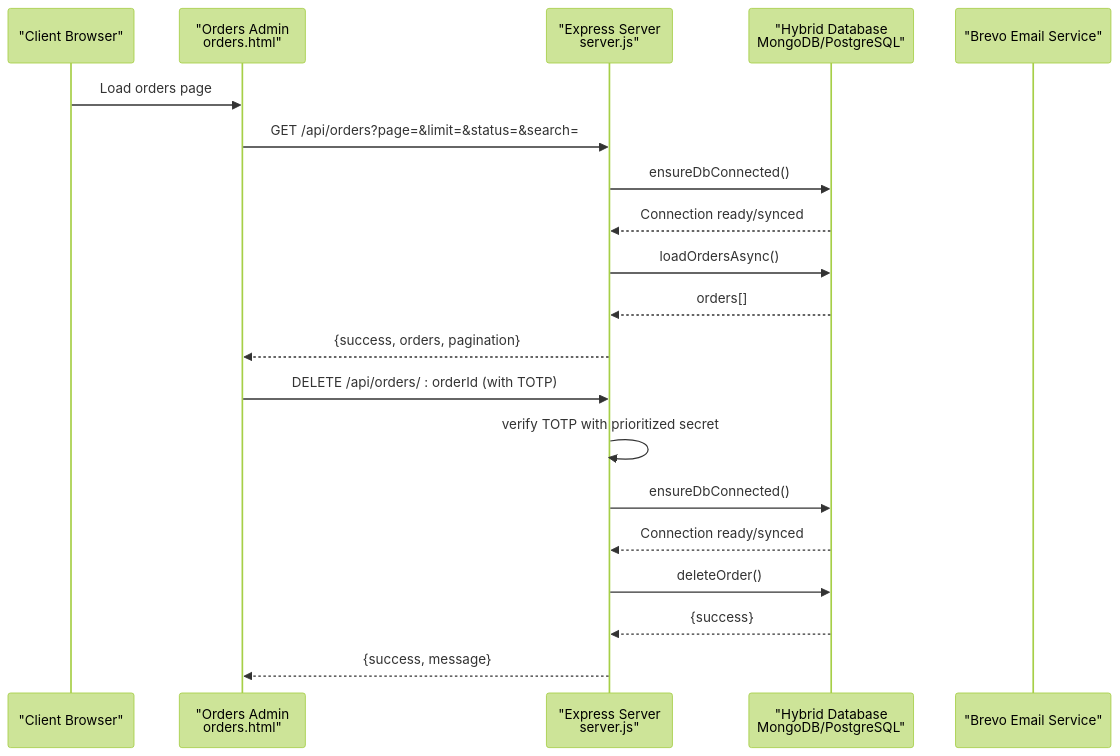
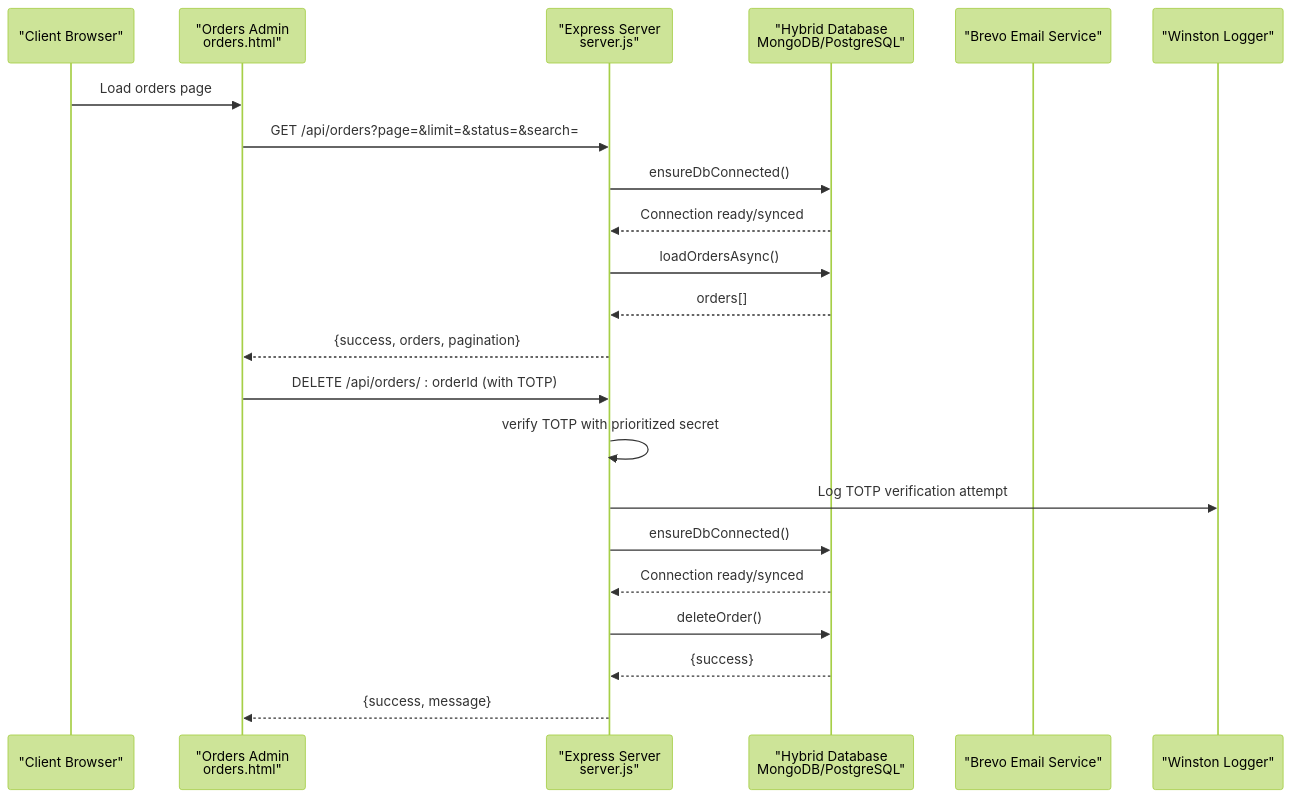
Before and after one commit to SirD33k/activezone: the second of 5 diagrams in .qoder/repowiki/en/content/Backend API Reference/Order & Payment Processing API.md, drawn with Mermaid (forest theme). The commit also changed other lines of this file and 4 other files, not shown here.

````diff
--- a/.qoder/repowiki/en/content/Backend API Reference/Order & Payment Processing API.md
+++ b/.qoder/repowiki/en/content/Backend API Reference/Order & Payment Processing API.md
@@ -145,22 +160,24 @@
 ```mermaid
 sequenceDiagram
 participant Client as "Client Browser"
 participant OrdersAdmin as "Orders Admin<br/>orders.html"
 participant API as "Express Server<br/>server.js"
 participant DB as "Hybrid Database<br/>MongoDB/PostgreSQL"
 participant Email as "Brevo Email Service"
+participant Logger as "Winston Logger"
 Client->>OrdersAdmin : Load orders page
 OrdersAdmin->>API : GET /api/orders?page=&limit=&status=&search=
 API->>DB : ensureDbConnected()
 DB-->>API : Connection ready/synced
 API->>DB : loadOrdersAsync()
 DB-->>API : orders[]
 API-->>OrdersAdmin : {success, orders, pagination}
 OrdersAdmin->>API : DELETE /api/orders/ : orderId (with TOTP)
 API->>API : verify TOTP with prioritized secret
+API->>Logger : Log TOTP verification attempt
 API->>DB : ensureDbConnected()
 DB-->>API : Connection ready/synced
 API->>DB : deleteOrder()
 DB-->>API : {success}
 API-->>OrdersAdmin : {success, message}
 ```
````
